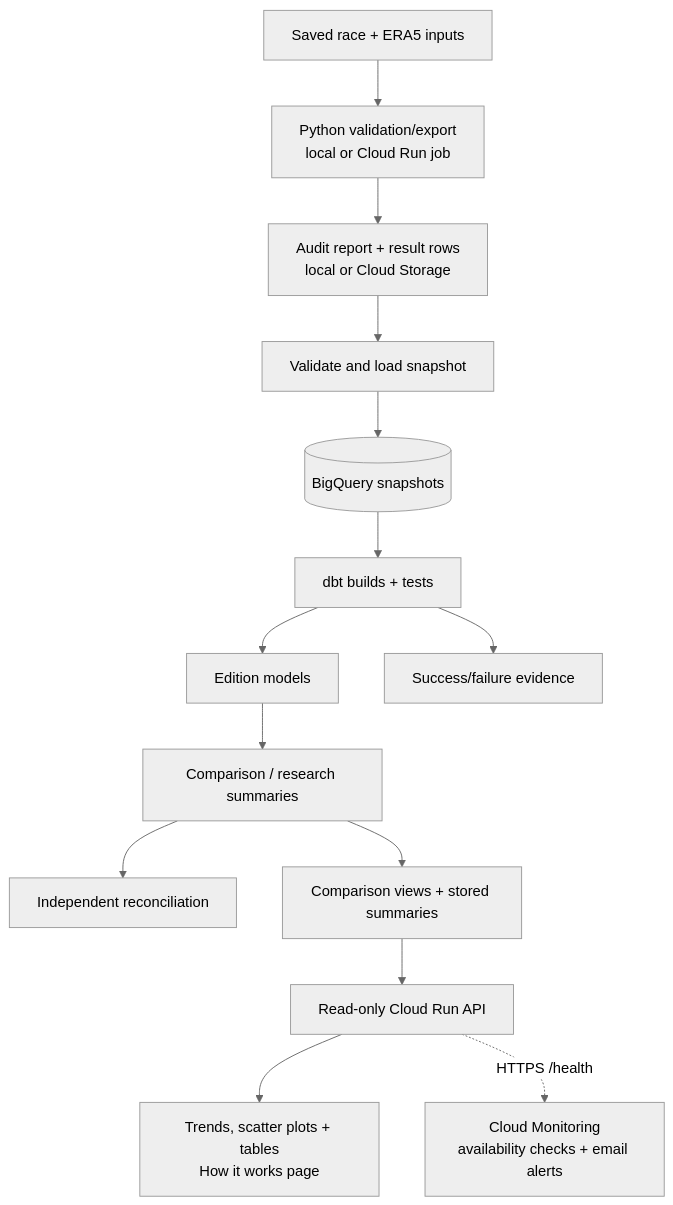
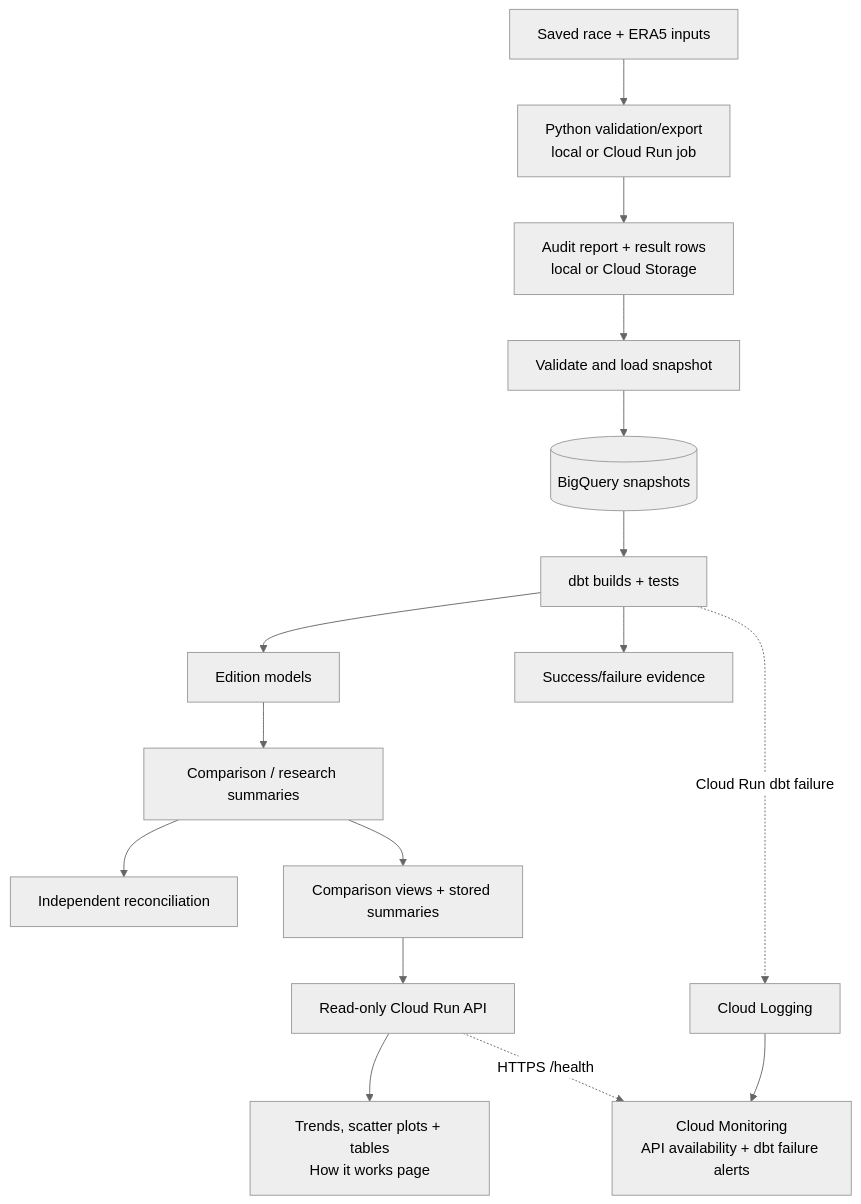
The diagram in README.md (mifuha/runwx), drawn with Mermaid (neutral theme) before and after one commit. The commit also changed other lines of this file and 7 other files, not shown here.

Commit message:
Explain verified dbt failure alerts on the website and in docs (#77)

````diff
--- a/README.md
+++ b/README.md
@@ -59,16 +59,18 @@
 ```mermaid
 flowchart TD
     inputs["Saved race + ERA5 inputs"] --> export["Python validation/export<br/>local or Cloud Run job"]
     export --> artifacts["Audit report + result rows<br/>local or Cloud Storage"]
     artifacts --> loader["Validate and load snapshot"]
     loader --> snapshots[("BigQuery snapshots")]
     snapshots --> runner["dbt builds + tests"]
     runner --> edition["Edition models"]
     edition --> comparison["Comparison / research summaries"]
     comparison --> reconciliation["Independent reconciliation"]
     comparison --> output["Comparison views + stored summaries"]
     output --> api["Read-only Cloud Run API"]
     api --> page["Trends, scatter plots + tables<br/>How it works page"]
     runner --> evidence["Success/failure evidence"]
-    api -. "HTTPS /health" .-> monitoring["Cloud Monitoring<br/>availability checks + email alerts"]
+    api -. "HTTPS /health" .-> monitoring["Cloud Monitoring<br/>API availability + dbt failure alerts"]
+    runner -. "Cloud Run dbt failure" .-> logs["Cloud Logging"]
+    logs --> monitoring
 ```
````
